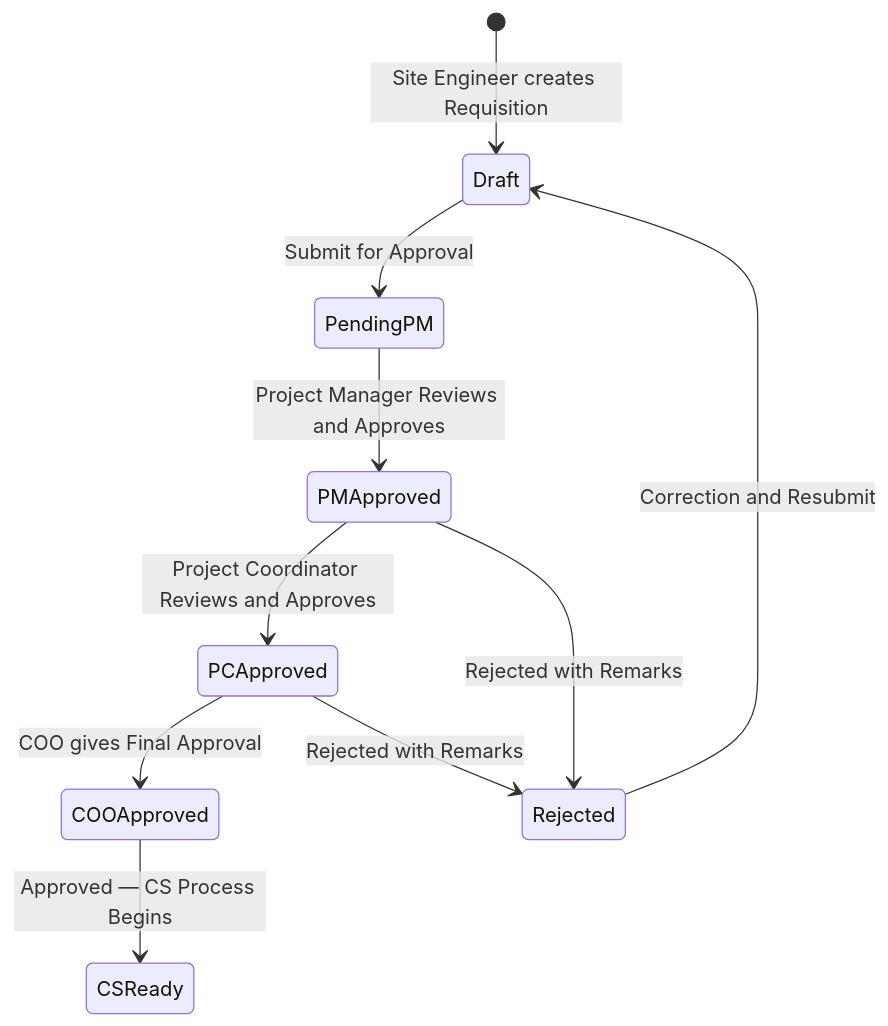
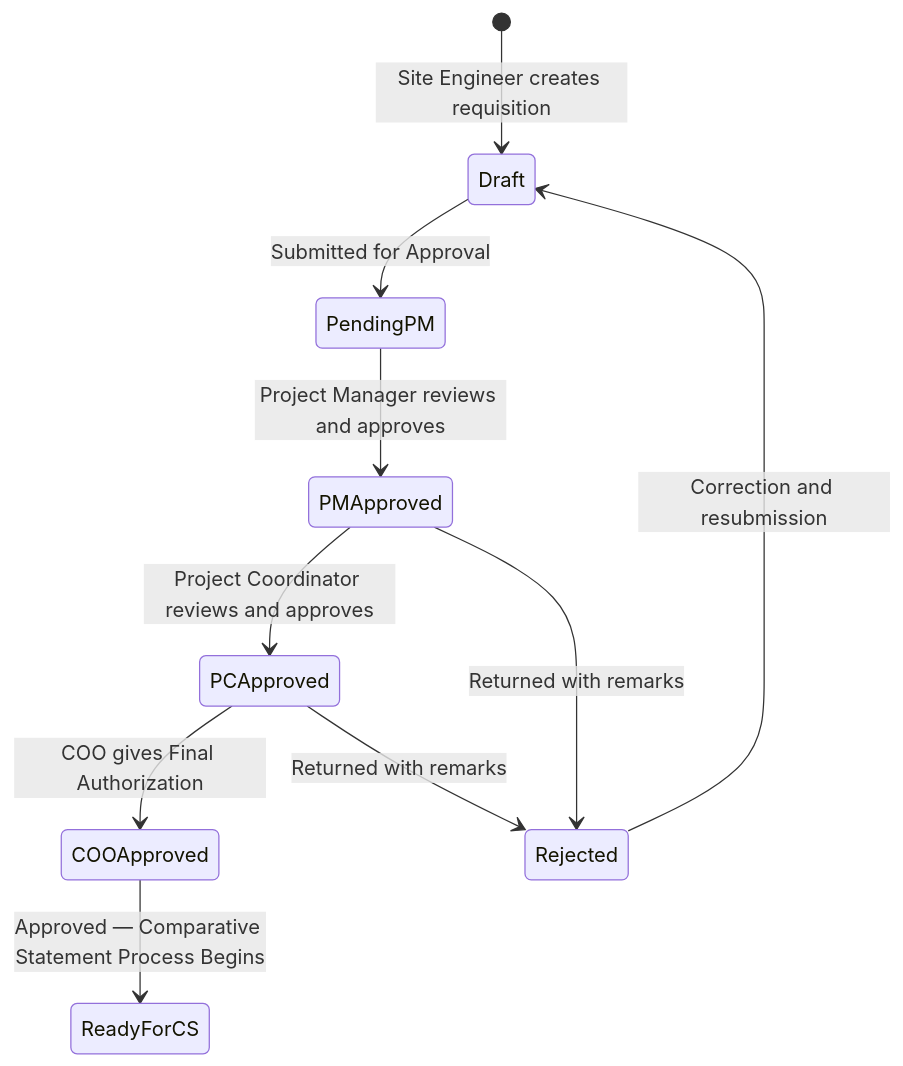
One commit to ShakhawatSakib9/Constrcution_MIS changed the second of 4 diagrams in README.md. Above: the diagram before and after it, drawn with Mermaid. The commit also changed other lines of this file, not shown here.

````diff
--- a/README.md
+++ b/README.md
@@ -121,12 +126,12 @@
 ```mermaid
 stateDiagram-v2
-    [*] --> Draft: Site Engineer creates Requisition
-    Draft --> PendingPM: Submit for Approval
-    PendingPM --> PMApproved: Project Manager Reviews and Approves
-    PMApproved --> PCApproved: Project Coordinator Reviews and Approves
-    PCApproved --> COOApproved: COO gives Final Approval
-    PMApproved --> Rejected: Rejected with Remarks
-    PCApproved --> Rejected: Rejected with Remarks
-    COOApproved --> CSReady: Approved — CS Process Begins
-    Rejected --> Draft: Correction and Resubmit
+    [*] --> Draft: Site Engineer creates requisition
+    Draft --> PendingPM: Submitted for Approval
+    PendingPM --> PMApproved: Project Manager reviews and approves
+    PMApproved --> PCApproved: Project Coordinator reviews and approves
+    PCApproved --> COOApproved: COO gives Final Authorization
+    PMApproved --> Rejected: Returned with remarks
+    PCApproved --> Rejected: Returned with remarks
+    COOApproved --> ReadyForCS: Approved — Comparative Statement Process Begins
+    Rejected --> Draft: Correction and resubmission
 ```
````
